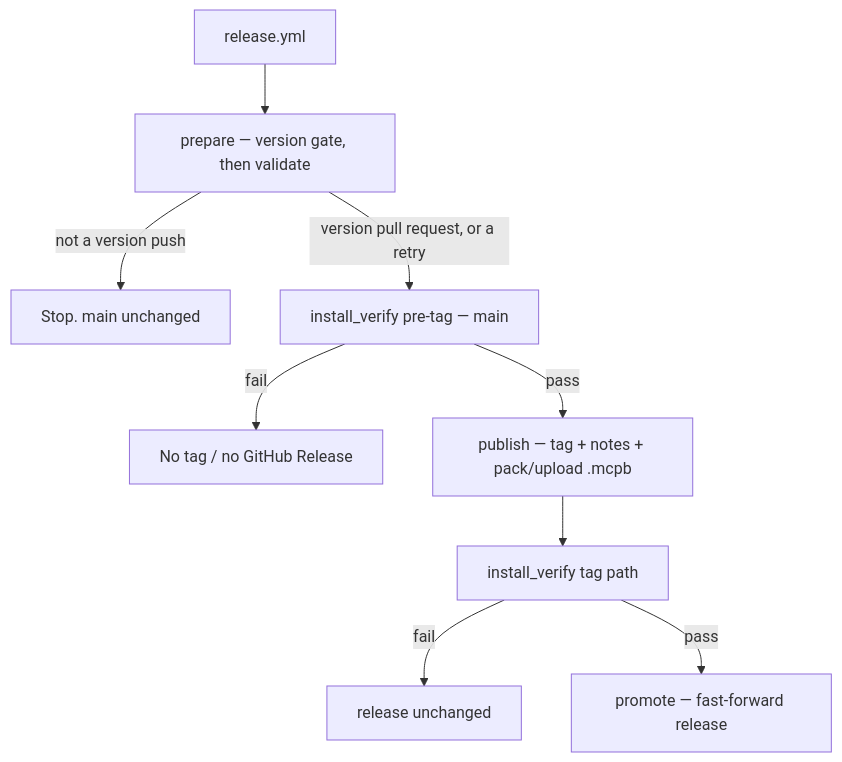
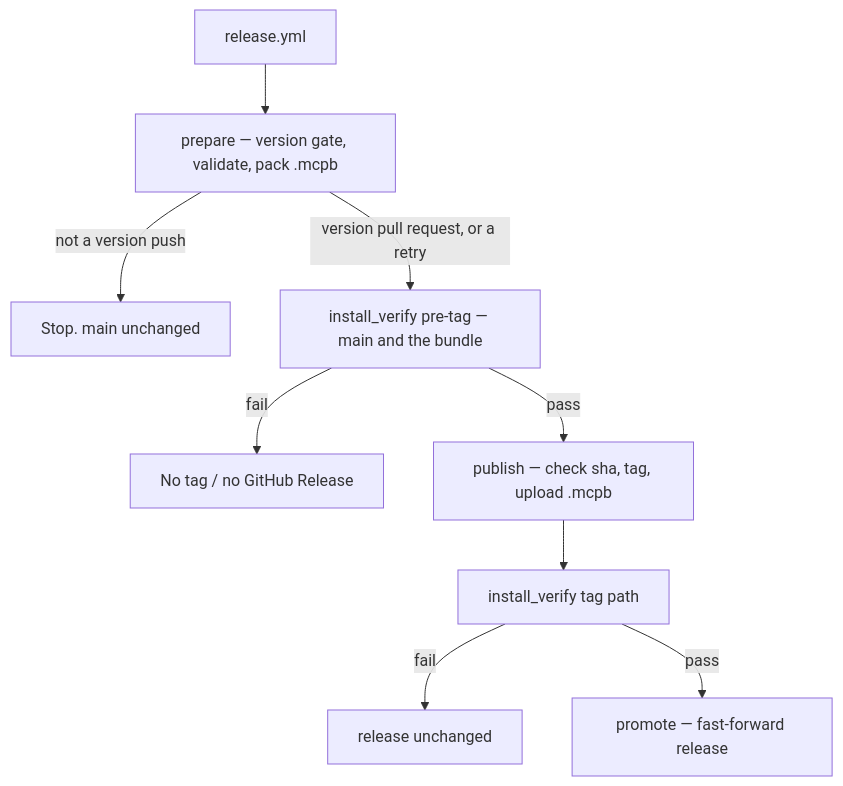
One commit to CREATeNG/freecad-mcp-bridge changed the diagram in MAINTAINING.md. Above: the diagram before and after it, drawn with Mermaid. The commit also changed other lines of this file and 6 other files, not shown here.

````diff
--- a/MAINTAINING.md
+++ b/MAINTAINING.md
@@ -96,12 +96,12 @@
 ```mermaid
 flowchart TD
   R[release.yml]
-  R --> prep[prepare — version gate, then validate]
+  R --> prep[prepare — version gate, validate, pack .mcpb]
   prep -->|not a version push| skip[Stop. main unchanged]
-  prep -->|version pull request, or a retry| verify[install_verify pre-tag — main]
+  prep -->|version pull request, or a retry| verify[install_verify pre-tag — main and the bundle]
   verify -->|fail| stop[No tag / no GitHub Release]
-  verify -->|pass| pub[publish — tag + notes + pack/upload .mcpb]
+  verify -->|pass| pub[publish — check sha, tag, upload .mcpb]
   pub --> postverify[install_verify tag path]
   postverify -->|fail| stop2[release unchanged]
   postverify -->|pass| promote[promote — fast-forward release]
 ```
````
